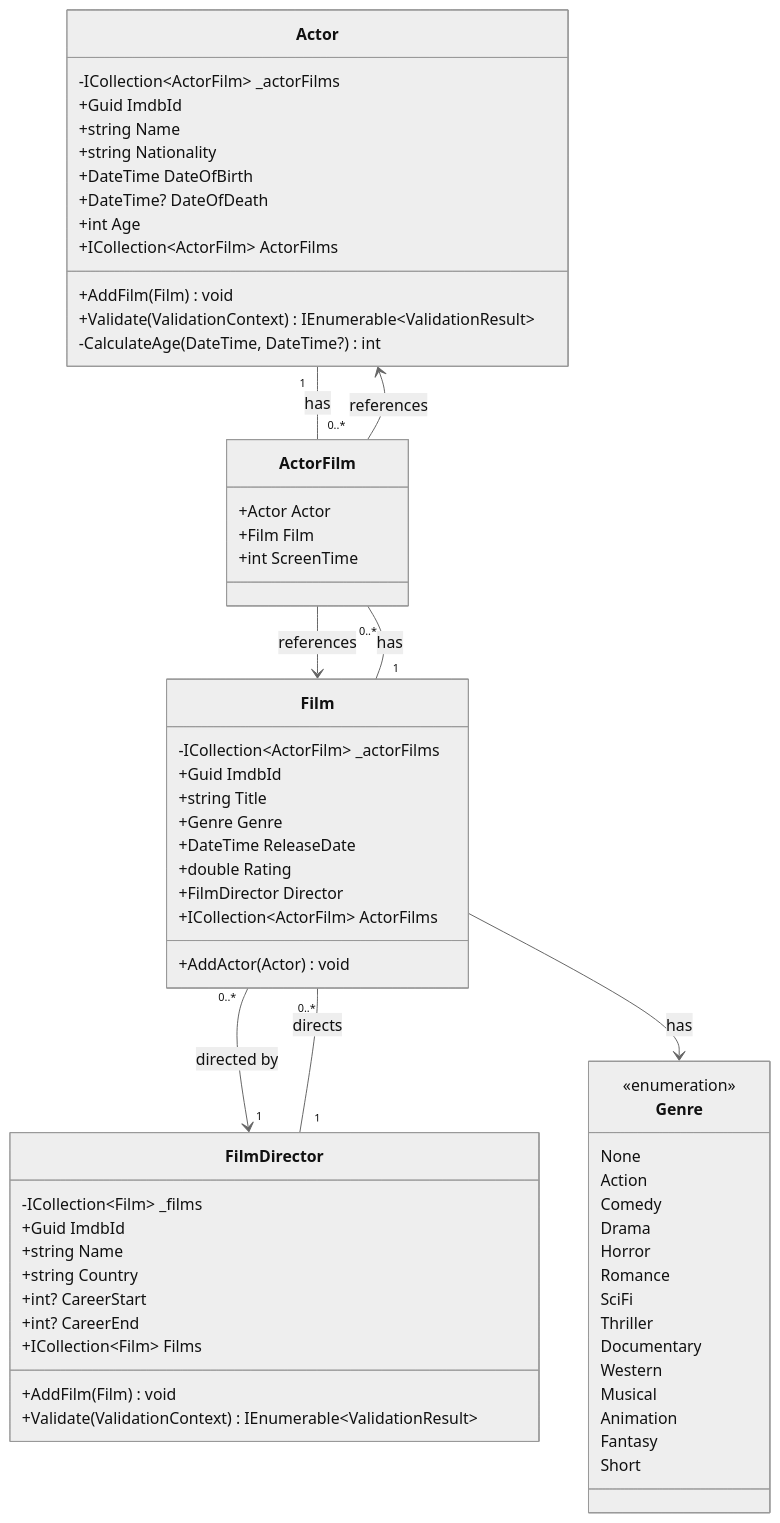
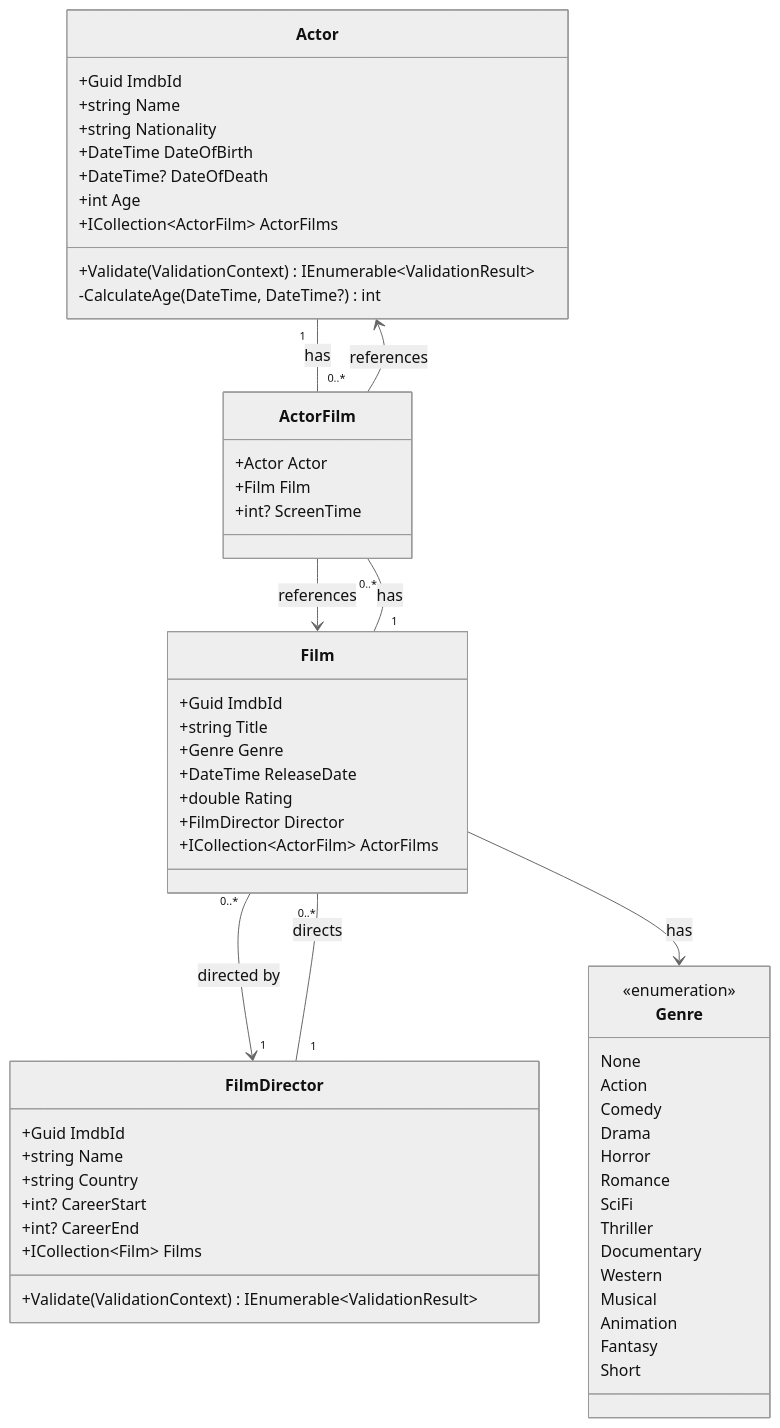
One commit to 4chlys/film-management changed the second of 2 diagrams in README.md. Above: the diagram before and after it, drawn with Mermaid (neutral theme).

Commit message:
Update to README.md

````diff
--- a/README.md
+++ b/README.md
@@ -152,72 +152,66 @@
 ```mermaid
 classDiagram
     class Actor {
-        -ICollection~ActorFilm~ _actorFilms
         +Guid ImdbId
         +string Name
         +string Nationality
         +DateTime DateOfBirth
         +DateTime? DateOfDeath
         +int Age
         +ICollection~ActorFilm~ ActorFilms
-        +AddFilm(Film) void
         +Validate(ValidationContext) IEnumerable~ValidationResult~
         -CalculateAge(DateTime, DateTime?) int
     }
 
     class Film {
-        -ICollection~ActorFilm~ _actorFilms
         +Guid ImdbId
         +string Title
         +Genre Genre
         +DateTime ReleaseDate
         +double Rating
         +FilmDirector Director
         +ICollection~ActorFilm~ ActorFilms
-        +AddActor(Actor) void
     }
 
     class ActorFilm {
         +Actor Actor
         +Film Film
-        +int ScreenTime
+        +int? ScreenTime
     }
 
     class FilmDirector {
-        -ICollection~Film~ _films
         +Guid ImdbId
         +string Name
         +string Country
         +int? CareerStart
         +int? CareerEnd
         +ICollection~Film~ Films
-        +AddFilm(Film) void
         +Validate(ValidationContext) IEnumerable~ValidationResult~
     }
 
     class Genre {
         <<enumeration>>
         None
         Action
         Comedy
         Drama
         Horror
         Romance
         SciFi
         Thriller
         Documentary
         Western
         Musical
         Animation
         Fantasy
         Short
     }
 
     Actor "1" -- "0..*" ActorFilm : has
     Film "1" -- "0..*" ActorFilm : has
     ActorFilm --> Actor : references
     ActorFilm --> Film : references
     Film "0..*" --> "1" FilmDirector : directed by
     FilmDirector "1" -- "0..*" Film : directs
     Film --> Genre : has
 ```
````
